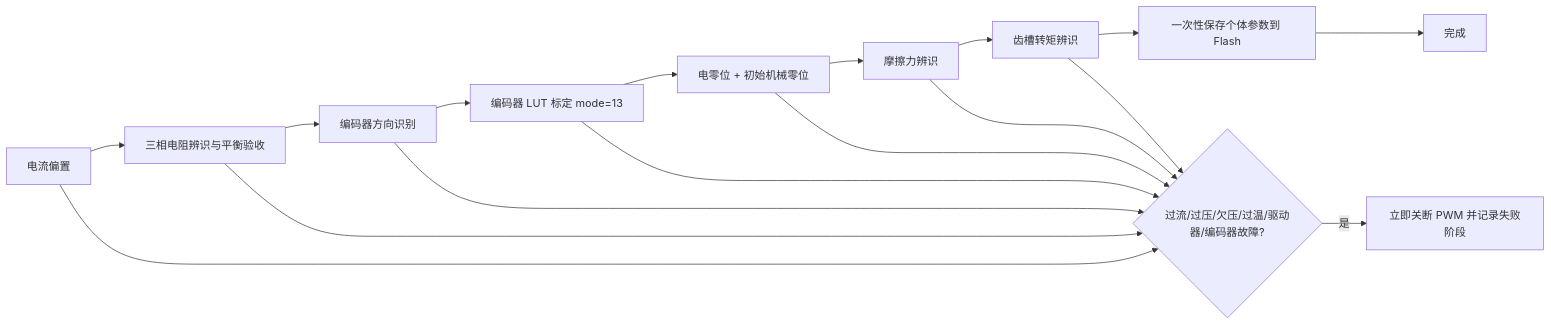
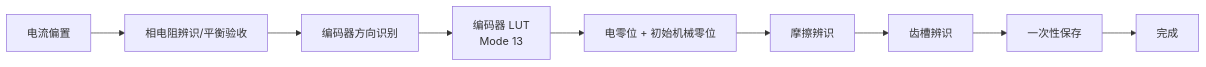
One commit to haoyang877/Vector_Mini_ST_Firmware changed the first of 2 diagrams in docs/unified_motor_commissioning_guide.md. Above: the diagram before and after it, drawn with Mermaid. The commit also changed other lines of this file and 246 other files, not shown here.

Commit message:
refactor: establish configurable firmware architecture

````diff
--- a/docs/unified_motor_commissioning_guide.md
+++ b/docs/unified_motor_commissioning_guide.md
@@ -7,13 +7,11 @@
 ```mermaid
 flowchart LR
-    A[电流偏置] --> B[三相电阻辨识与平衡验收]
+    A[电流偏置] --> B[相电阻辨识/平衡验收]
     B --> C[编码器方向识别]
-    C --> D[编码器 LUT 标定 mode=13]
+    C --> D[编码器 LUT<br/>Mode 13]
     D --> E[电零位 + 初始机械零位]
-    E --> F[摩擦力辨识]
-    F --> G[齿槽转矩辨识]
-    G --> H[一次性保存个体参数到 Flash]
+    E --> F[摩擦辨识]
+    F --> G[齿槽辨识]
+    G --> H[一次性保存]
     H --> I[完成]
-    A & B & C & D & E & F & G --> S{过流/过压/欠压/过温/驱动器/编码器故障?}
-    S -->|是| X[立即关断 PWM 并记录失败阶段]
 ```
````
